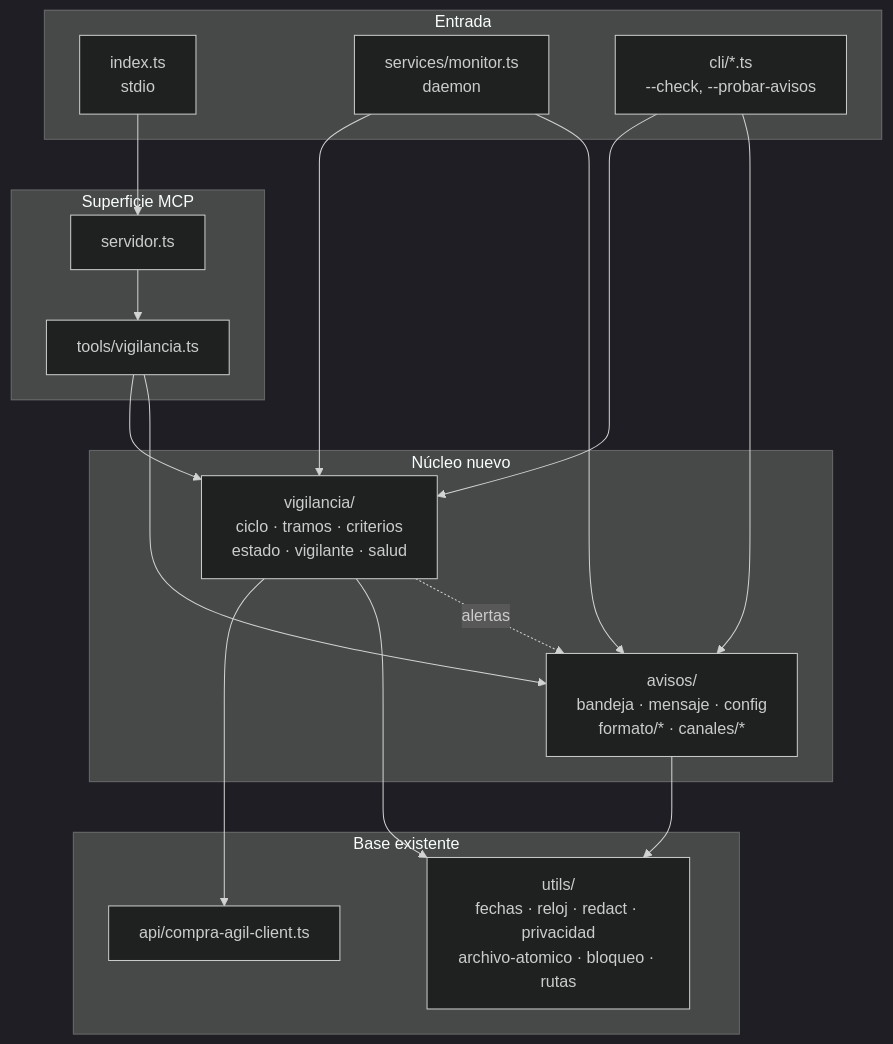
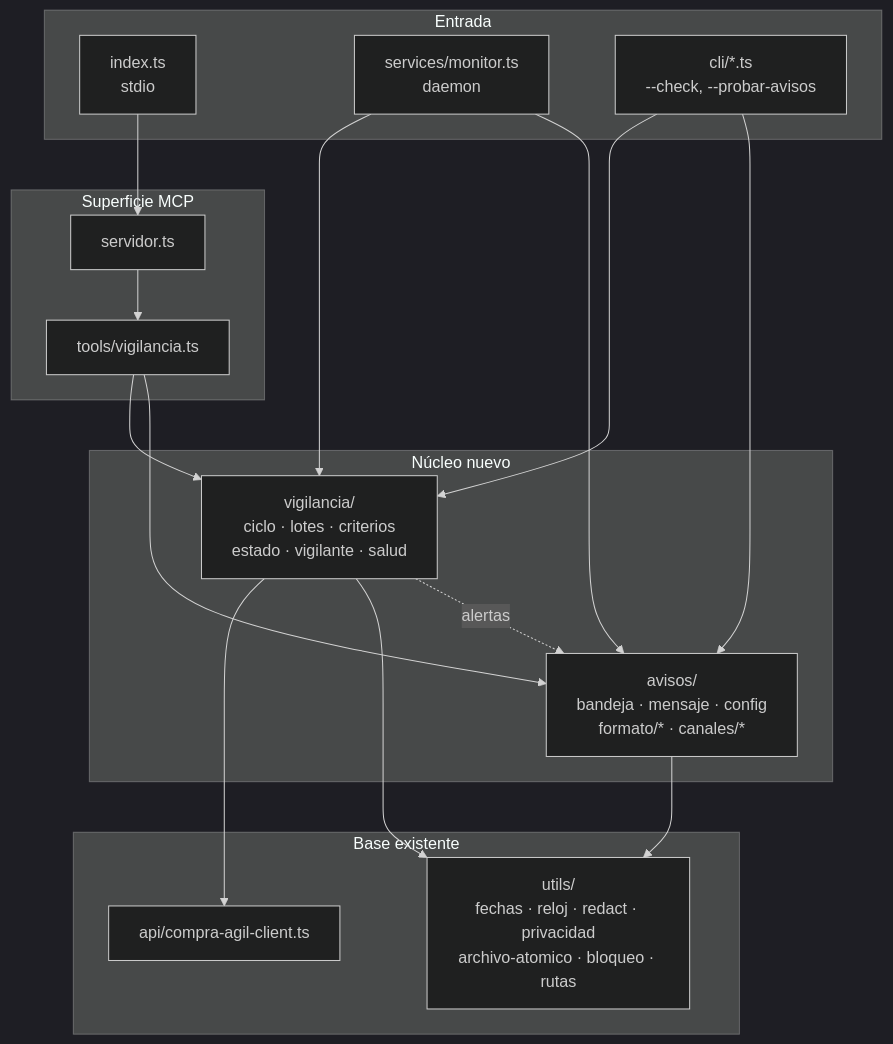
One commit to ssolis-ti/compra-agil-mcp changed the first of 4 diagrams in docs/internals/specs/2.9.0-vigilancia-y-avisos/diseno.md. Above: the diagram before and after it, drawn with Mermaid (dark theme). The commit also changed other lines of this file and 14 other files, not shown here.

````diff
--- a/docs/internals/specs/2.9.0-vigilancia-y-avisos/diseno.md
+++ b/docs/internals/specs/2.9.0-vigilancia-y-avisos/diseno.md
@@ -52,26 +52,26 @@
 ```mermaid
 flowchart TB
   subgraph entrada[Entrada]
     index[index.ts<br/>stdio]
     daemon[services/monitor.ts<br/>daemon]
     cli[cli/*.ts<br/>--check, --probar-avisos]
   end
   subgraph superficie[Superficie MCP]
     servidor[servidor.ts] --> toolsV[tools/vigilancia.ts]
   end
   subgraph nucleo[Núcleo nuevo]
-    vig[vigilancia/<br/>ciclo · tramos · criterios<br/>estado · vigilante · salud]
+    vig[vigilancia/<br/>ciclo · lotes · criterios<br/>estado · vigilante · salud]
     av[avisos/<br/>bandeja · mensaje · config<br/>formato/* · canales/*]
   end
   subgraph base[Base existente]
     api[api/compra-agil-client.ts]
     utils[utils/<br/>fechas · reloj · redact · privacidad<br/>archivo-atomico · bloqueo · rutas]
   end
   index --> servidor
   daemon --> vig & av
   cli --> vig & av
   toolsV --> vig & av
   vig --> api & utils
   av --> utils
   vig -. alertas .-> av
 ```
````
